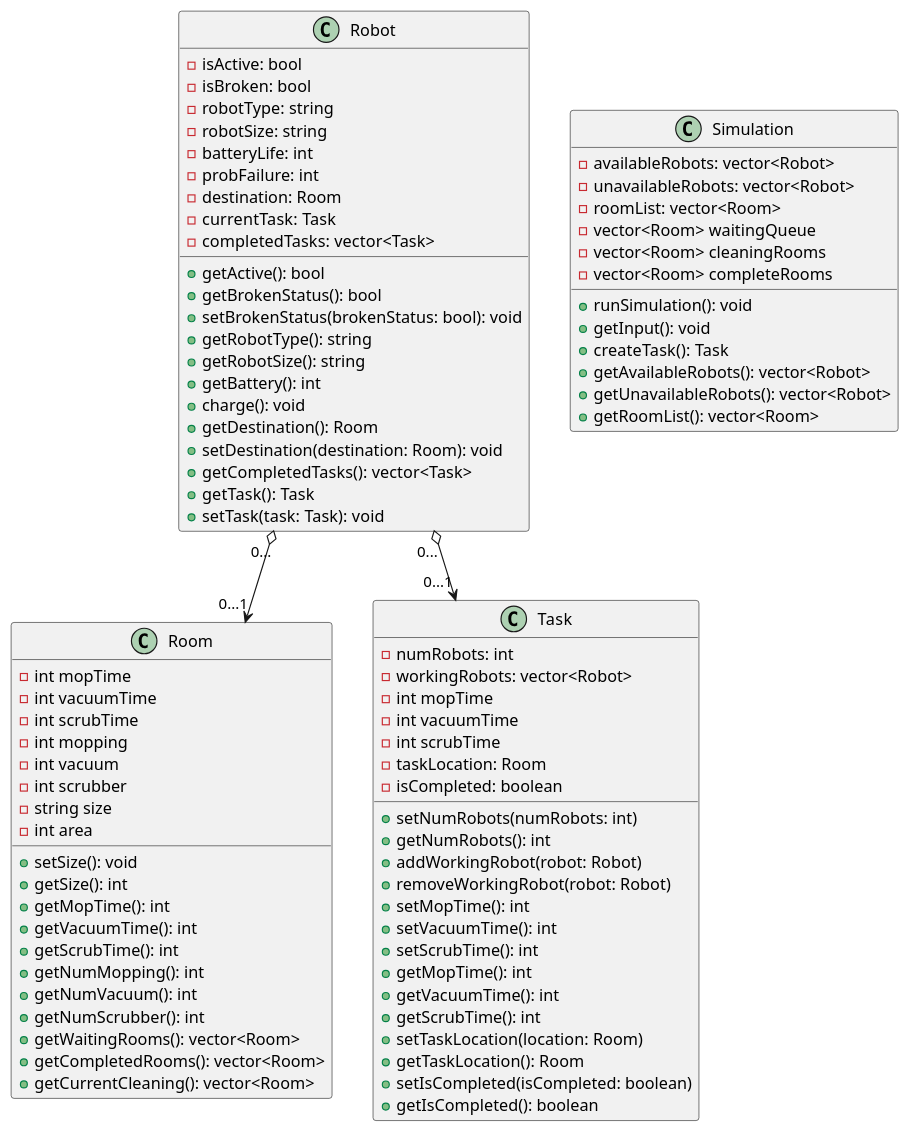
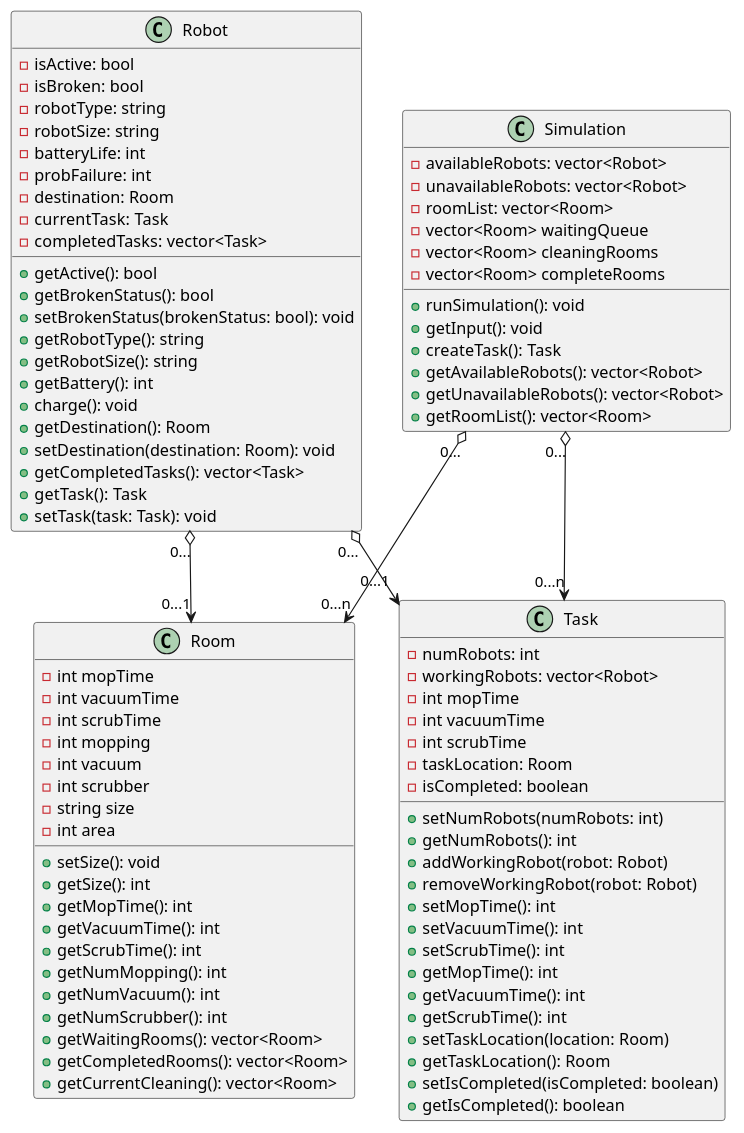
Before and after one commit to ur-cs-courses/course-project-clean-squad: the diagram in docs/design/classDiagrams/classDiagrams.puml, drawn with PlantUML.

```diff
--- a/docs/design/classDiagrams/classDiagrams.puml
+++ b/docs/design/classDiagrams/classDiagrams.puml
@@ -1,95 +1,97 @@
 @startuml classDiagrams
 
 class Robot {
     - isActive: bool
     - isBroken: bool
     - robotType: string
     - robotSize: string
     - batteryLife: int
     - probFailure: int
     - destination: Room
     - currentTask: Task
     - completedTasks: vector<Task>
     + getActive(): bool
     + getBrokenStatus(): bool
     + setBrokenStatus(brokenStatus: bool): void
     + getRobotType(): string
     + getRobotSize(): string
     + getBattery(): int
     + charge(): void
     + getDestination(): Room
     + setDestination(destination: Room): void
     + getCompletedTasks(): vector<Task>
     + getTask(): Task
     + setTask(task: Task): void
 }
 
 class Room {
     - int mopTime
     - int vacuumTime
     - int scrubTime
     - int mopping
     - int vacuum
     - int scrubber
     - string size
     - int area
 
     + setSize(): void
     + getSize(): int
     + getMopTime(): int
     + getVacuumTime(): int
     + getScrubTime(): int
     + getNumMopping(): int
     + getNumVacuum(): int
     + getNumScrubber(): int
     + getWaitingRooms(): vector<Room>
     + getCompletedRooms(): vector<Room>
     + getCurrentCleaning(): vector<Room>
     
 }
 
 class Simulation {
     - availableRobots: vector<Robot>
     - unavailableRobots: vector<Robot>
     - roomList: vector<Room>
     - vector<Room> waitingQueue
     - vector<Room> cleaningRooms
     - vector<Room> completeRooms
 
     + runSimulation(): void
     + getInput(): void
     + createTask(): Task
     + getAvailableRobots(): vector<Robot>
     + getUnavailableRobots(): vector<Robot>
     + getRoomList(): vector<Room>
 }
 
 class Task {
   - numRobots: int
   - workingRobots: vector<Robot>
   - int mopTime
   - int vacuumTime
   - int scrubTime
   - taskLocation: Room
   - isCompleted: boolean
   + setNumRobots(numRobots: int)
   + getNumRobots(): int
   + addWorkingRobot(robot: Robot)
   + removeWorkingRobot(robot: Robot)
   + setMopTime(): int
   + setVacuumTime(): int
   + setScrubTime(): int
   + getMopTime(): int
   + getVacuumTime(): int
   + getScrubTime(): int
   + setTaskLocation(location: Room)
   + getTaskLocation(): Room
   + setIsCompleted(isCompleted: boolean)
   + getIsCompleted(): boolean
 }
 
 Robot "0..." o--> "0...1" Room
 Robot "0..." o--> "0...1" Task
+Simulation "0..." o--> "0...n" Room
+Simulation "0..." o--> "0...n" Task
 
 
 @enduml
```
